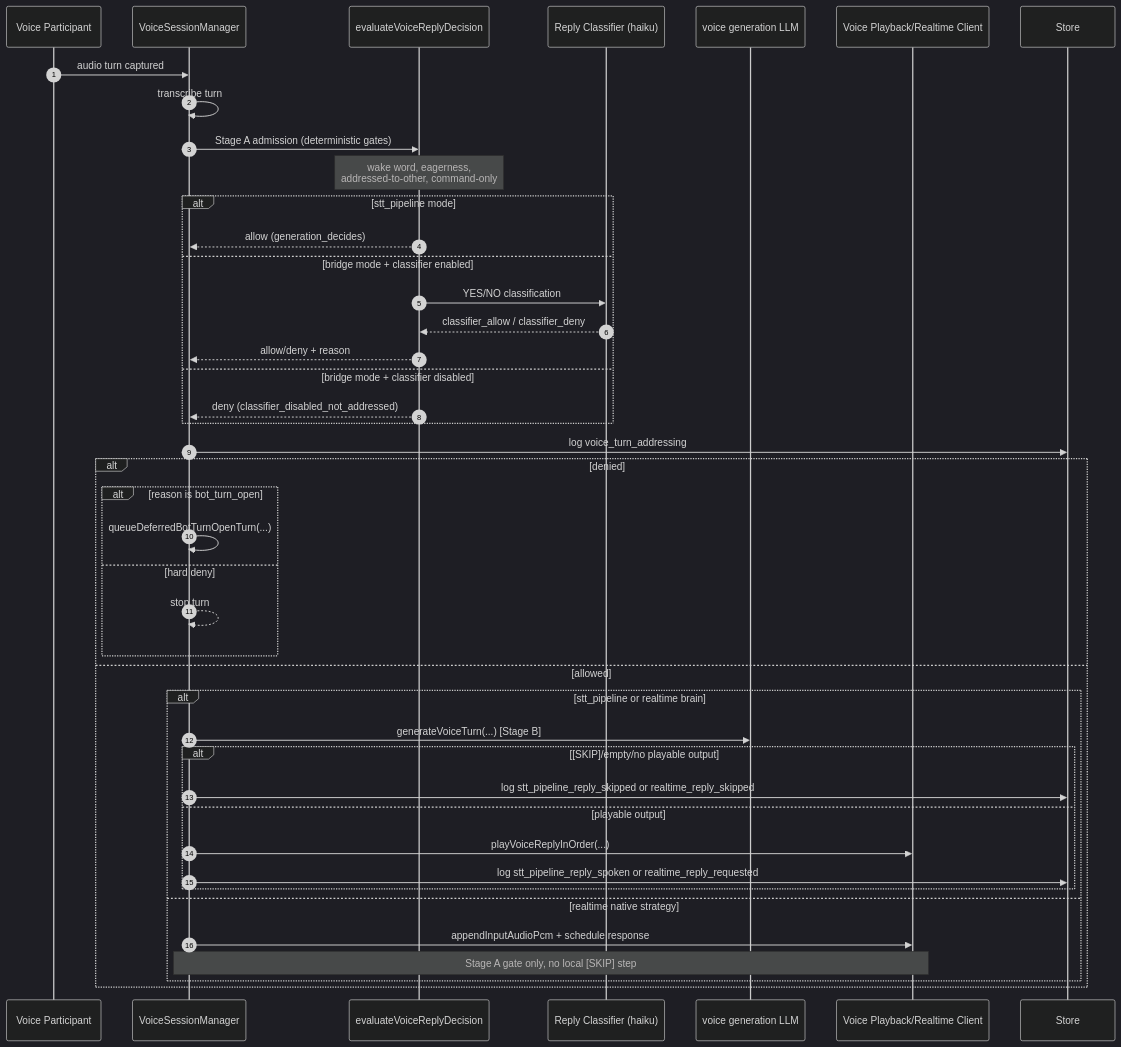
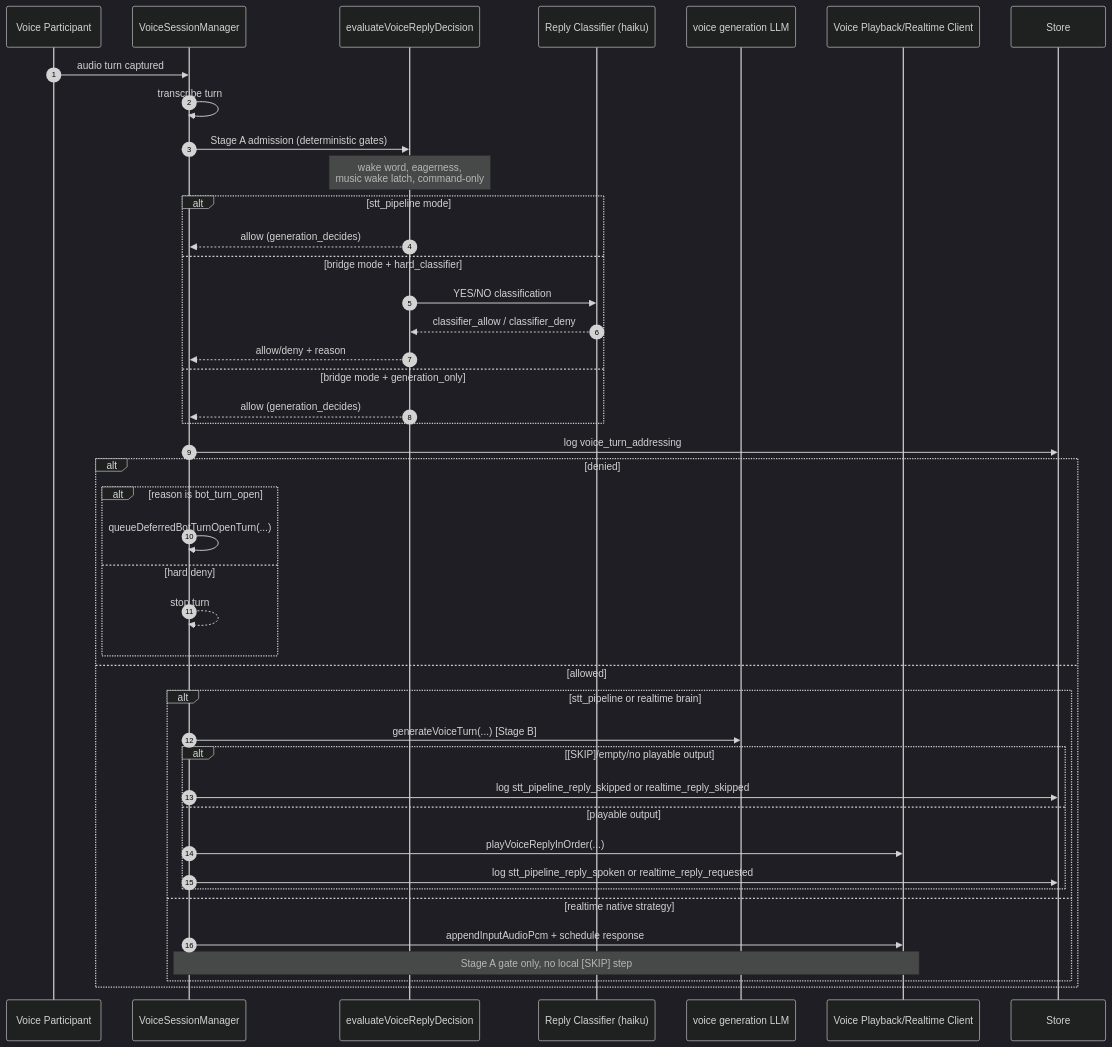
One commit to Volpestyle/clanker_conk changed the diagram in docs/diagrams/reply-decision-chat-sequence.mmd. Above: the diagram before and after it, drawn with Mermaid (dark theme). The commit also changed 20 other files, not shown here.

Commit message:
Refactor realtime voice admission gating and wake latch

```diff
--- a/docs/diagrams/reply-decision-chat-sequence.mmd
+++ b/docs/diagrams/reply-decision-chat-sequence.mmd
@@ -1,47 +1,47 @@
 sequenceDiagram
     autonumber
     participant Speaker as Voice Participant
     participant Voice as VoiceSessionManager
     participant Decider as evaluateVoiceReplyDecision
     participant Classifier as Reply Classifier (haiku)
     participant GenLLM as voice generation LLM
     participant Playback as Voice Playback/Realtime Client
     participant Store as Store
 
     Speaker->>Voice: audio turn captured
     Voice->>Voice: transcribe turn
     Voice->>Decider: Stage A admission (deterministic gates)
-    Note over Decider: wake word, eagerness,<br/>addressed-to-other, command-only
+    Note over Decider: wake word, eagerness,<br/>music wake latch, command-only
 
     alt stt_pipeline mode
       Decider-->>Voice: allow (generation_decides)
-    else bridge mode + classifier enabled
+    else bridge mode + hard_classifier
       Decider->>Classifier: YES/NO classification
       Classifier-->>Decider: classifier_allow / classifier_deny
       Decider-->>Voice: allow/deny + reason
-    else bridge mode + classifier disabled
-      Decider-->>Voice: deny (classifier_disabled_not_addressed)
+    else bridge mode + generation_only
+      Decider-->>Voice: allow (generation_decides)
     end
 
     Voice->>Store: log voice_turn_addressing
 
     alt denied
       alt reason is bot_turn_open
         Voice->>Voice: queueDeferredBotTurnOpenTurn(...)
       else hard deny
         Voice-->>Voice: stop turn
       end
     else allowed
       alt stt_pipeline or realtime brain
         Voice->>GenLLM: generateVoiceTurn(...) [Stage B]
         alt [SKIP]/empty/no playable output
           Voice->>Store: log stt_pipeline_reply_skipped or realtime_reply_skipped
         else playable output
           Voice->>Playback: playVoiceReplyInOrder(...)
           Voice->>Store: log stt_pipeline_reply_spoken or realtime_reply_requested
         end
       else realtime native strategy
         Voice->>Playback: appendInputAudioPcm + schedule response
         Note over Voice,Playback: Stage A gate only, no local [SKIP] step
       end
     end
```
